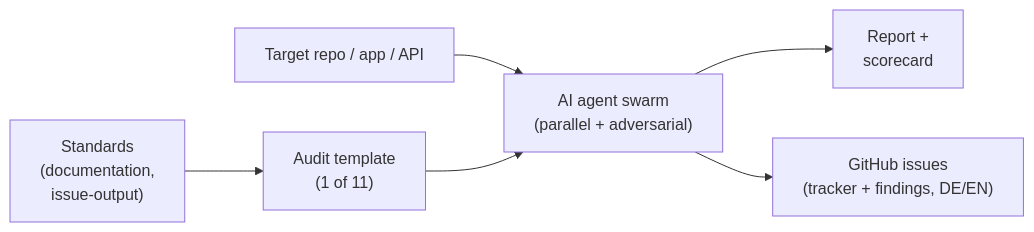
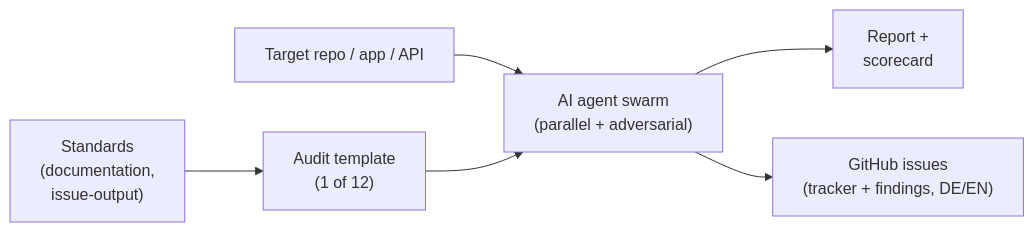
The first of 2 diagrams in README.md (marcelrapold/auditor), drawn with Mermaid before and after one commit. The commit also changed other lines of this file and 9 other files, not shown here.

First line of the commit message:
feat: add the content & messaging audit (12th template) — release v0.7.0

````diff
--- a/README.md
+++ b/README.md
@@ -33,8 +33,8 @@
 ```mermaid
 flowchart LR
     Standards["Standards<br/>(documentation,<br/>issue-output)"] --> Prompt
     Target["Target repo / app / API"] --> Agent
-    Prompt["Audit template<br/>(1 of 11)"] --> Agent["AI agent swarm<br/>(parallel + adversarial)"]
+    Prompt["Audit template<br/>(1 of 12)"] --> Agent["AI agent swarm<br/>(parallel + adversarial)"]
     Agent --> Report["Report +<br/>scorecard"]
     Agent --> Issues["GitHub issues<br/>(tracker + findings, DE/EN)"]
 ```
````
